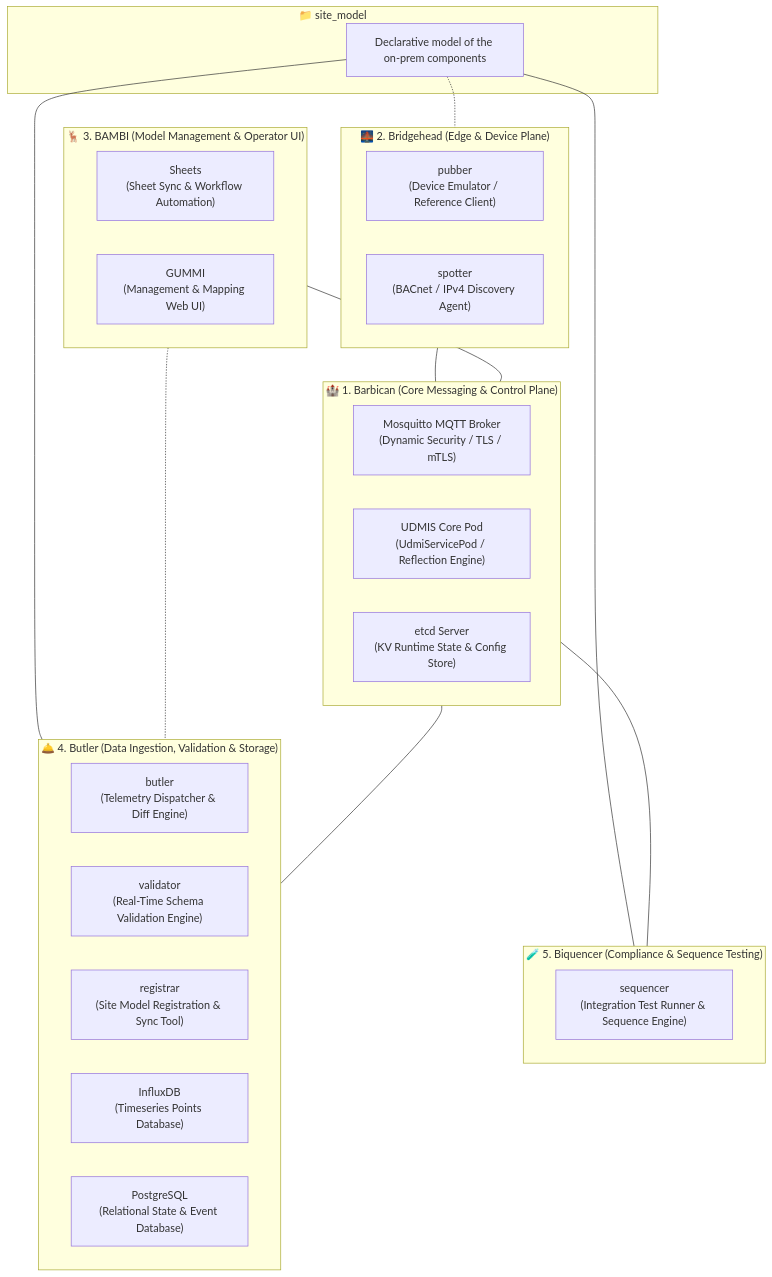
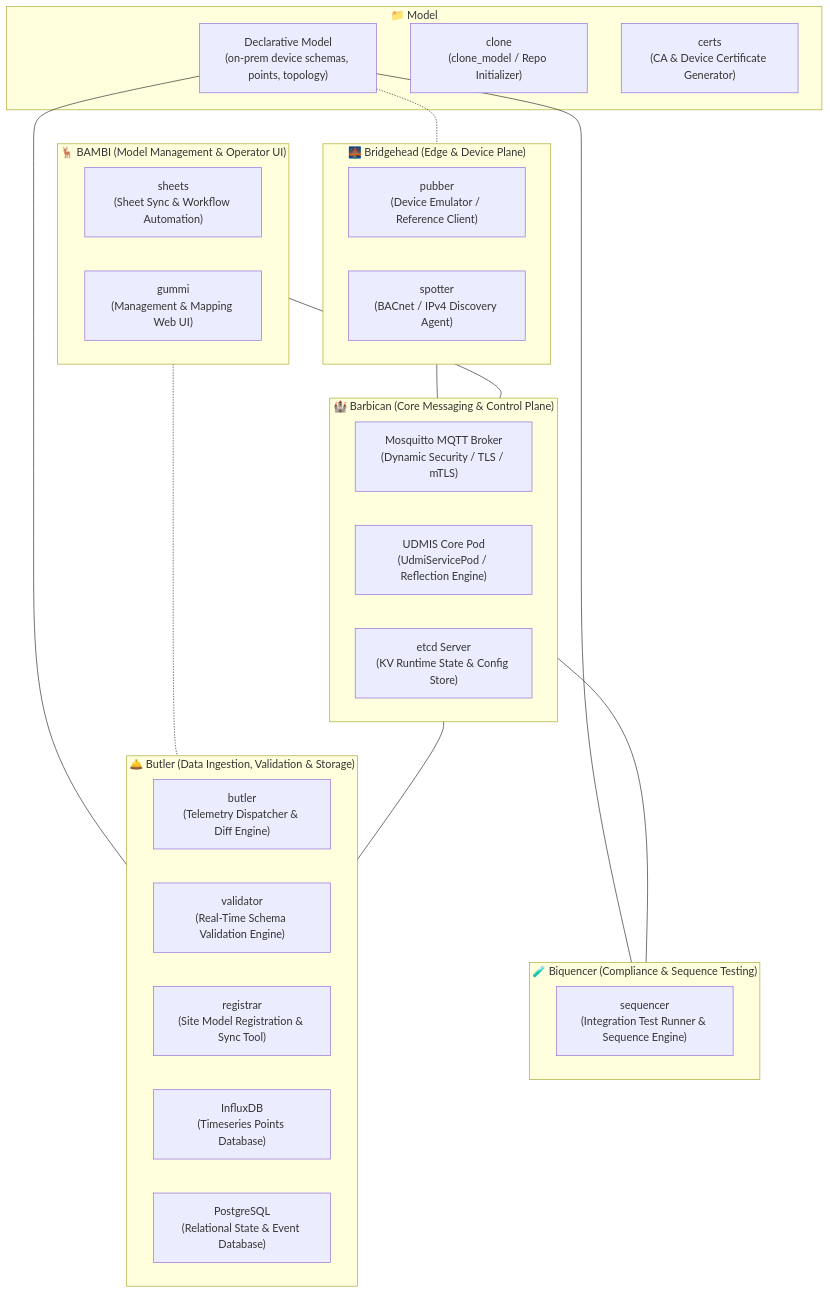
One commit to faucetsdn/udmi changed the diagram in ARCHITECTURE.md. Above: the diagram before and after it, drawn with Mermaid. The commit also changed other lines of this file and 9 other files, not shown here.

````diff
--- a/ARCHITECTURE.md
+++ b/ARCHITECTURE.md
@@ -38,51 +9,53 @@
 ```mermaid
 graph TB
     %% Site Model - Central Source of Truth
-    subgraph SITEMODEL ["📁 site_model"]
-        SM_FILES["Declarative model of the on-prem components"]
+    subgraph MODEL ["📁 Model"]
+        SM_FILES["Declarative Model<br/>(on-prem device schemas, points, topology)"]
+        CLONE["clone<br/>(clone_model / Repo Initializer)"]
+        CERTS["certs<br/>(CA & Device Certificate Generator)"]
     end
 
     %% 1. Barbican - Core Message Broker & System Plane
-    subgraph BARBICAN ["🏰 1. Barbican (Core Messaging & Control Plane)"]
+    subgraph BARBICAN ["🏰 Barbican (Core Messaging & Control Plane)"]
         MOSQ["Mosquitto MQTT Broker<br/>(Dynamic Security / TLS / mTLS)"]
         UDMIS["UDMIS Core Pod<br/>(UdmiServicePod / Reflection Engine)"]
         ETCD["etcd Server<br/>(KV Runtime State & Config Store)"]
     end
 
-    %% 2. Bridgehead - Device Emulation & Edge Plane
-    subgraph BRIDGEHEAD ["🌉 2. Bridgehead (Edge & Device Plane)"]
-        PUBBER["pubber<br/>(Device Emulator / Reference Client)"]
-        SPOTTER["spotter<br/>(BACnet / IPv4 Discovery Agent)"]
-    end
-
-    %% 3. BAMBI - Management & Operator Interfaces
-    subgraph BAMBI ["🦌 3. BAMBI (Model Management & Operator UI)"]
-        BAMBI_SRV["Sheets<br/>(Sheet Sync & Workflow Automation)"]
-        GUMMI["GUMMI<br/>(Management & Mapping Web UI)"]
-    end
-
-    %% 4. Butler - Ingestion & Persistence Engine
-    subgraph BUTLER ["🛎️ 4. Butler (Data Ingestion, Validation & Storage)"]
+    %% 2. Butler - Ingestion & Persistence Engine
+    subgraph BUTLER ["🛎️ Butler (Data Ingestion, Validation & Storage)"]
         BUTLER_SRV["butler<br/>(Telemetry Dispatcher & Diff Engine)"]
         VALIDATOR["validator<br/>(Real-Time Schema Validation Engine)"]
         REGISTRAR["registrar<br/>(Site Model Registration & Sync Tool)"]
         INFLUX["InfluxDB<br/>(Timeseries Points Database)"]
         POSTGRES["PostgreSQL<br/>(Relational State & Event Database)"]
     end
 
+    %% 3. Bridgehead - Device Emulation & Edge Plane
+    subgraph BRIDGEHEAD ["🌉 Bridgehead (Edge & Device Plane)"]
+        PUBBER["pubber<br/>(Device Emulator / Reference Client)"]
+        SPOTTER["spotter<br/>(BACnet / IPv4 Discovery Agent)"]
+    end
+
+    %% 4. BAMBI - Management & Operator Interfaces
+    subgraph BAMBI ["🦌 BAMBI (Model Management & Operator UI)"]
+        SHEETS["sheets<br/>(Sheet Sync & Workflow Automation)"]
+        GUMMI["gummi<br/>(Management & Mapping Web UI)"]
+    end
+
     %% 5. Biquencer - Testing & Compliance Engine
-    subgraph BIQUENCER ["🧪 5. Biquencer (Compliance & Sequence Testing)"]
+    subgraph BIQUENCER ["🧪 Biquencer (Compliance & Sequence Testing)"]
         SEQUENCER["sequencer<br/>(Integration Test Runner & Sequence Engine)"]
     end
 
     %% Inter-Bucket Interactions
     SM_FILES --- BUTLER
     SM_FILES --- BIQUENCER
     SM_FILES -.- BRIDGEHEAD
 
     BRIDGEHEAD --- BARBICAN
     BAMBI --- BARBICAN
     BAMBI -.- BUTLER
     BARBICAN --- BUTLER
     BARBICAN --- BIQUENCER
 ```
````
